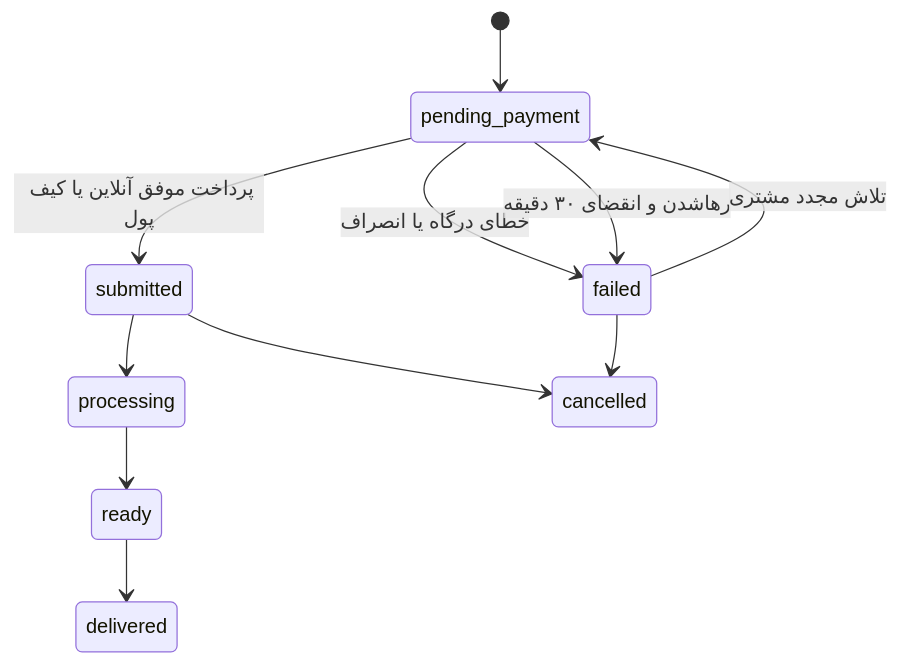
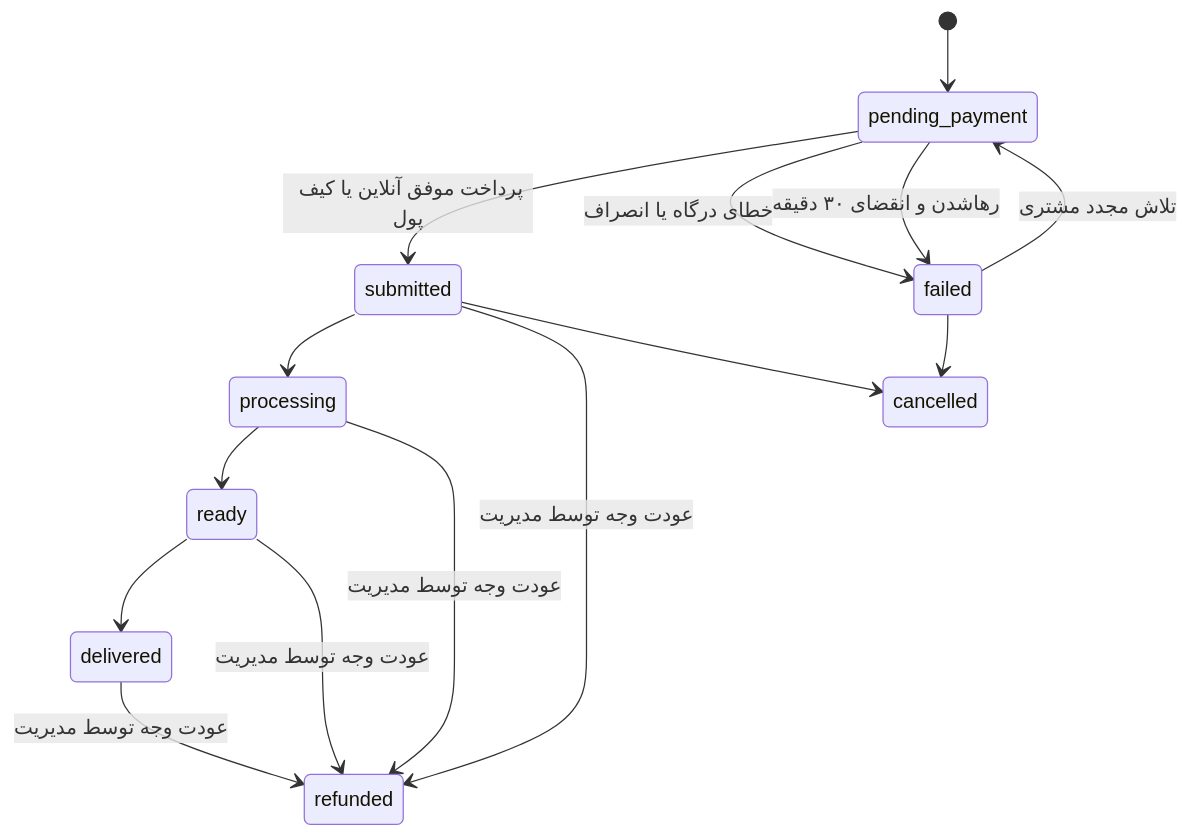
One commit to ehsanerfani98/caffenet-laravel changed the fourth of 5 diagrams in docs/PROJECT_DOCUMENTATION.md. Above: the diagram before and after it, drawn with Mermaid. The commit also changed other lines of this file and 27 other files, not shown here.

````diff
--- a/docs/PROJECT_DOCUMENTATION.md
+++ b/docs/PROJECT_DOCUMENTATION.md
@@ -581,13 +595,17 @@
 ```mermaid
 stateDiagram-v2
   [*] --> pending_payment
   pending_payment --> submitted : پرداخت موفق آنلاین یا کیف پول
   pending_payment --> failed : خطای درگاه یا انصراف
   pending_payment --> failed : رهاشدن و انقضای ۳۰ دقیقه
   failed --> pending_payment : تلاش مجدد مشتری
   submitted --> processing
   processing --> ready
   ready --> delivered
+  submitted --> refunded : عودت وجه توسط مدیریت
+  processing --> refunded : عودت وجه توسط مدیریت
+  ready --> refunded : عودت وجه توسط مدیریت
+  delivered --> refunded : عودت وجه توسط مدیریت
   submitted --> cancelled
   failed --> cancelled
 ```
````
